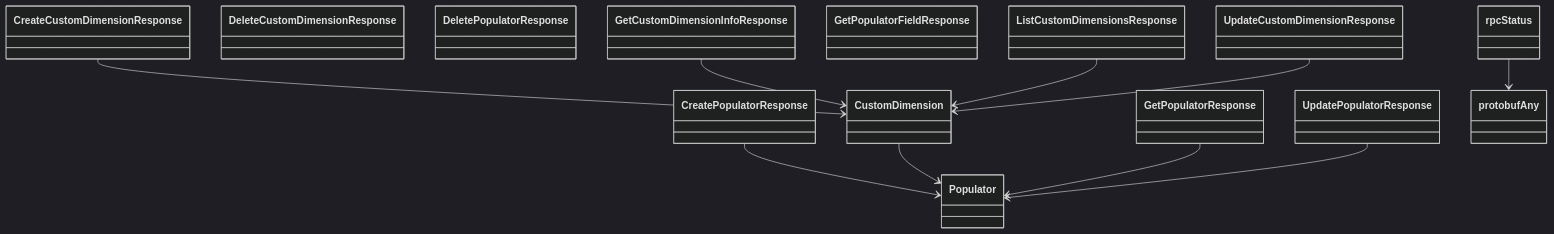
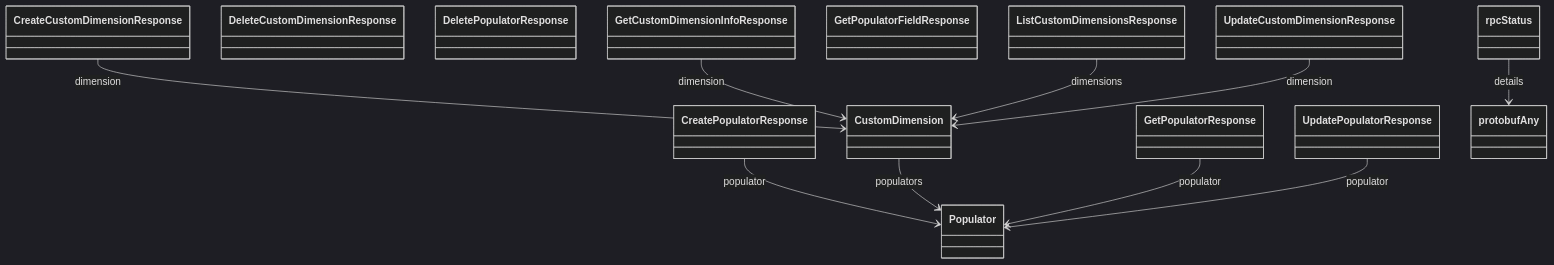
Before and after one commit to alexdearaujo/community_sdk_python: diagram 22 of 22 in docs/sphinx/services/custom_dimension.md, drawn with Mermaid (dark theme). The commit also changed other lines of this file and 129 other files, not shown here.

````diff
--- a/docs/sphinx/services/custom_dimension.md
+++ b/docs/sphinx/services/custom_dimension.md
@@ -808,26 +829,26 @@
 ```mermaid
 classDiagram
     class CreateCustomDimensionResponse
     class CreatePopulatorResponse
     class CustomDimension
     class DeleteCustomDimensionResponse
     class DeletePopulatorResponse
     class GetCustomDimensionInfoResponse
     class GetPopulatorFieldResponse
     class GetPopulatorResponse
     class ListCustomDimensionsResponse
     class Populator
     class UpdateCustomDimensionResponse
     class UpdatePopulatorResponse
     class protobufAny
     class rpcStatus
-    CreateCustomDimensionResponse --> CustomDimension
-    CreatePopulatorResponse --> Populator
-    CustomDimension --> Populator
-    GetCustomDimensionInfoResponse --> CustomDimension
-    GetPopulatorResponse --> Populator
-    ListCustomDimensionsResponse --> CustomDimension
-    UpdateCustomDimensionResponse --> CustomDimension
-    UpdatePopulatorResponse --> Populator
-    rpcStatus --> protobufAny
+    CreateCustomDimensionResponse --> CustomDimension : dimension
+    CreatePopulatorResponse --> Populator : populator
+    CustomDimension --> Populator : populators
+    GetCustomDimensionInfoResponse --> CustomDimension : dimension
+    GetPopulatorResponse --> Populator : populator
+    ListCustomDimensionsResponse --> CustomDimension : dimensions
+    UpdateCustomDimensionResponse --> CustomDimension : dimension
+    UpdatePopulatorResponse --> Populator : populator
+    rpcStatus --> protobufAny : details
 ```
````
